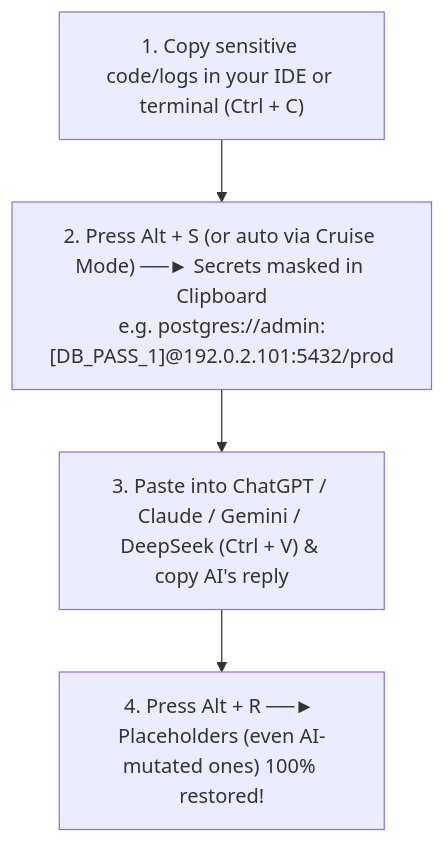
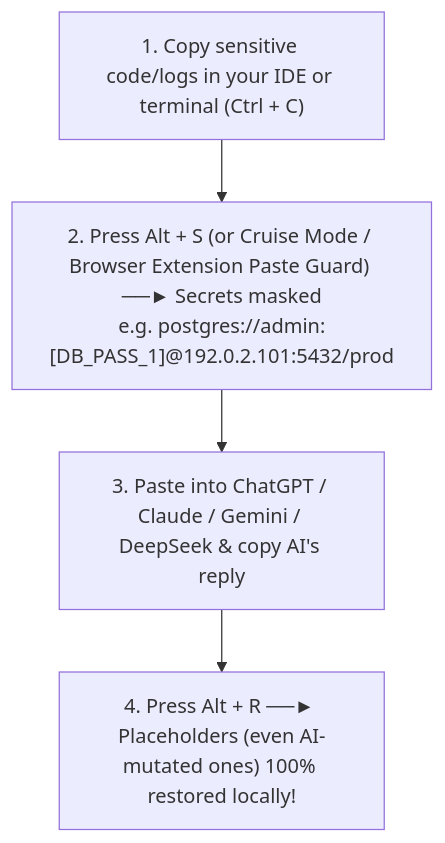
One commit to HsooiDev/ai-privacy-sanitizer changed the diagram in README.md. Above: the diagram before and after it, drawn with Mermaid. The commit also changed other lines of this file and 26 other files, not shown here.

Commit message:
feat: upgrade to v0.5.0 with security fixes, sidebar GUI, CSP web, encrypted vault, and MV3 paste guard

````diff
--- a/README.md
+++ b/README.md
@@ -65,6 +61,6 @@
 ```mermaid
 flowchart TD
-    A["1. Copy sensitive code/logs in your IDE or terminal (Ctrl + C)"] --> B["2. Press Alt + S (or auto via Cruise Mode) ──► Secrets masked in Clipboard<br/>e.g. postgres://admin:[DB_PASS_1]@192.0.2.101:5432/prod"]
-    B --> C["3. Paste into ChatGPT / Claude / Gemini / DeepSeek (Ctrl + V) & copy AI's reply"]
-    C --> D["4. Press Alt + R ──► Placeholders (even AI-mutated ones) 100% restored!"]
+    A["1. Copy sensitive code/logs in your IDE or terminal (Ctrl + C)"] --> B["2. Press Alt + S (or Cruise Mode / Browser Extension Paste Guard) ──► Secrets masked<br/>e.g. postgres://admin:[DB_PASS_1]@192.0.2.101:5432/prod"]
+    B --> C["3. Paste into ChatGPT / Claude / Gemini / DeepSeek & copy AI's reply"]
+    C --> D["4. Press Alt + R ──► Placeholders (even AI-mutated ones) 100% restored locally!"]
 ```
````
